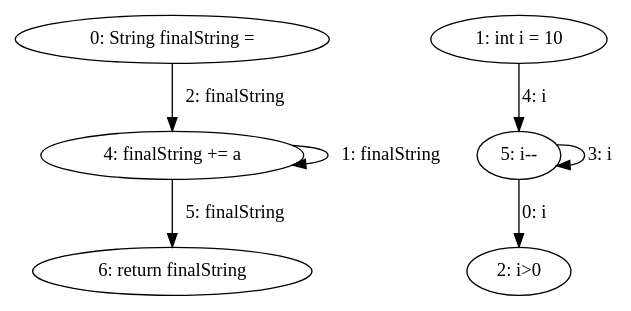
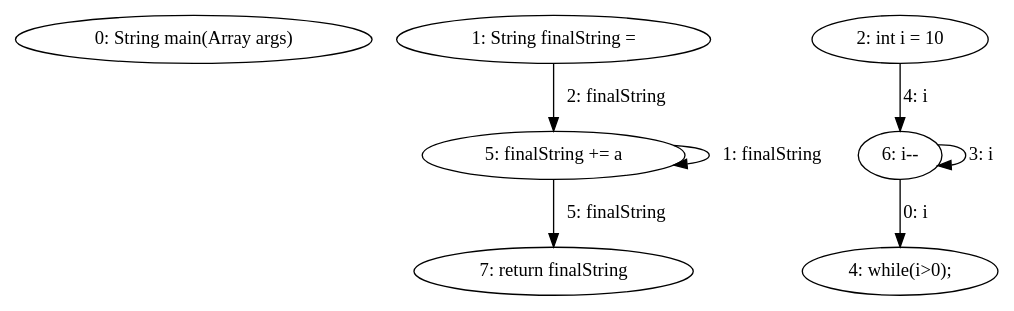
Before and after one commit to DominguesGM/comp_astanalyze: the diagram in export/dowhile_example_dfg.dot, drawn with Graphviz. The commit also changed 25 other files, not shown here.

```diff
--- a/export/dowhile_example_dfg.dot
+++ b/export/dowhile_example_dfg.dot
@@ -1,14 +1,15 @@
 digraph G {
-  1 [ label="0: String finalString = " ];
-  2 [ label="1: int i = 10" ];
-  3 [ label="2: i>0" ];
-  4 [ label="4: finalString += a" ];
-  5 [ label="5: i--" ];
-  6 [ label="6: return finalString" ];
-  5 -> 3 [ label="0: i" ];
-  4 -> 4 [ label="1: finalString" ];
-  1 -> 4 [ label="2: finalString" ];
-  5 -> 5 [ label="3: i" ];
-  2 -> 5 [ label="4: i" ];
-  4 -> 6 [ label="5: finalString" ];
+  1 [ label="0: String main(Array args)" ];
+  2 [ label="1: String finalString = " ];
+  3 [ label="2: int i = 10" ];
+  4 [ label="4: while(i>0);" ];
+  5 [ label="5: finalString += a" ];
+  6 [ label="6: i--" ];
+  7 [ label="7: return finalString" ];
+  6 -> 4 [ label="0: i" ];
+  5 -> 5 [ label="1: finalString" ];
+  2 -> 5 [ label="2: finalString" ];
+  6 -> 6 [ label="3: i" ];
+  3 -> 6 [ label="4: i" ];
+  5 -> 7 [ label="5: finalString" ];
 }
```
